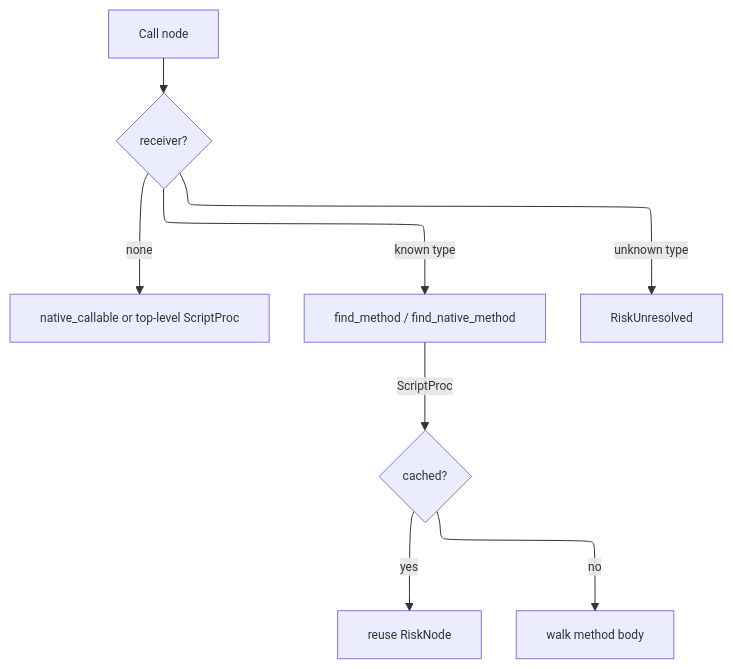
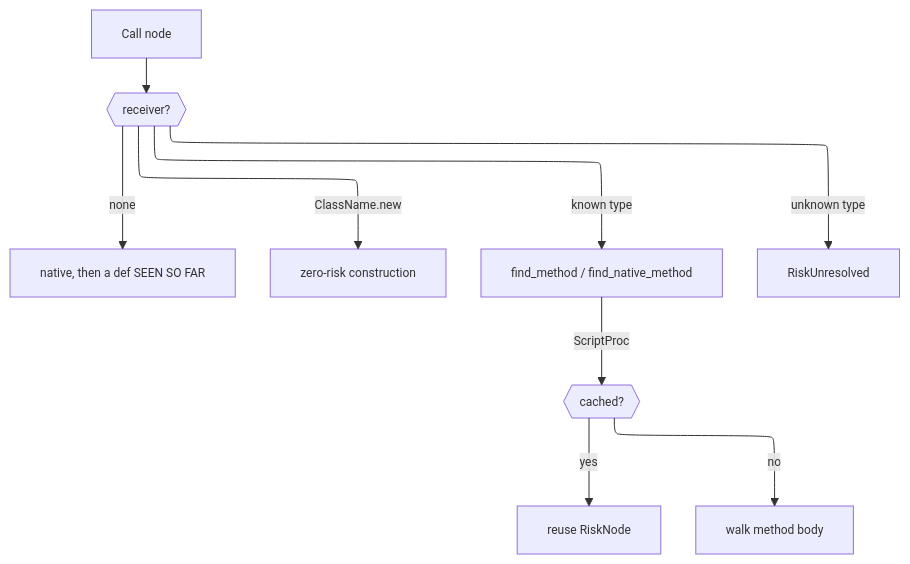
Diagram 11 of 11 in DEVELOPMENT.md (ModelArmy/adjutant.cr), drawn with Mermaid before and after one commit. The commit also changed other lines of this file and 9 other files, not shown here.

````diff
--- a/DEVELOPMENT.md
+++ b/DEVELOPMENT.md
@@ -441,17 +464,18 @@
 ```mermaid
 ---
 displayMode: compact
 config:
   layout: elk
   themeVariables:
     fontSize: 12px
 ---
 flowchart TD
-    Call[Call node] --> Recv{receiver?}
-    Recv -->|none| GlobalLookup["native_callable or top-level ScriptProc"]
+    Call[Call node] --> Recv{{receiver?}}
+    Recv -->|none| GlobalLookup["native, then a def SEEN SO FAR"]
+    Recv -->|ClassName.new| Ctor[zero-risk construction]
     Recv -->|known type| ClassLookup["find_method / find_native_method"]
     Recv -->|unknown type| Unresolved[RiskUnresolved]
-    ClassLookup -->|ScriptProc| Memo{cached?}
+    ClassLookup -->|ScriptProc| Memo{{cached?}}
     Memo -->|yes| Cached[reuse RiskNode]
     Memo -->|no| WalkBody[walk method body]
 ```
````
